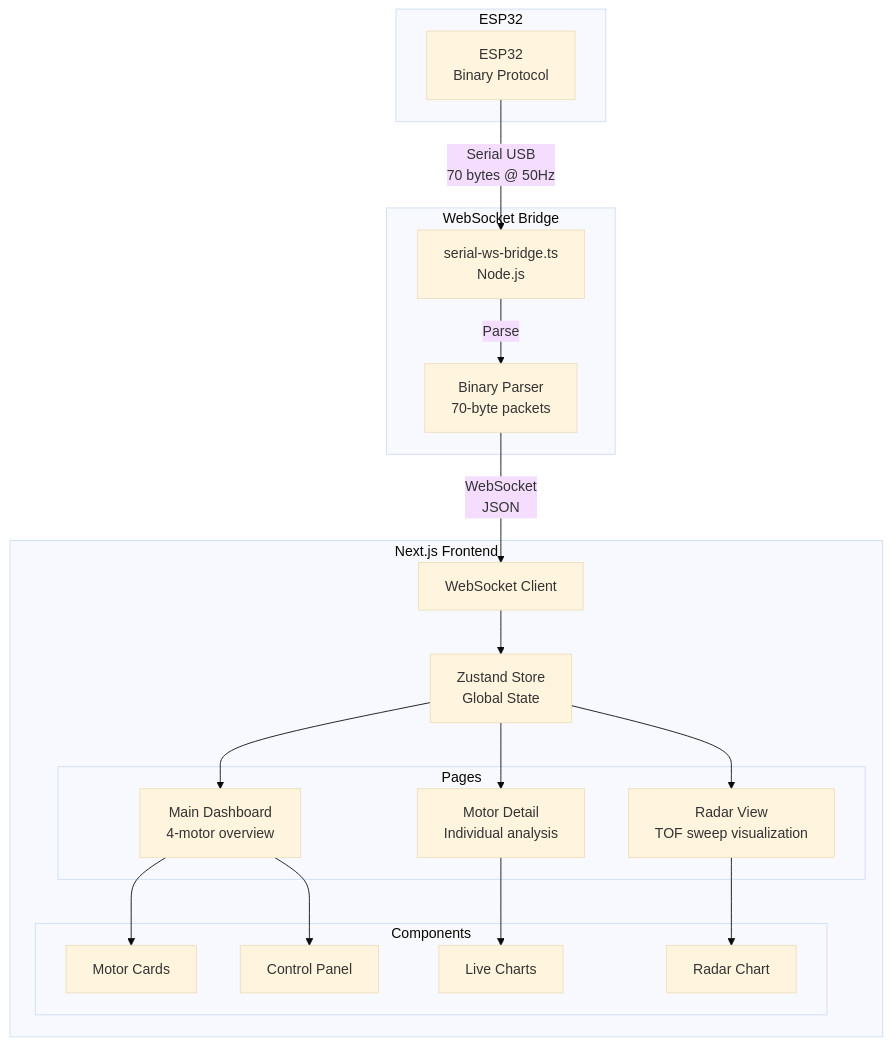
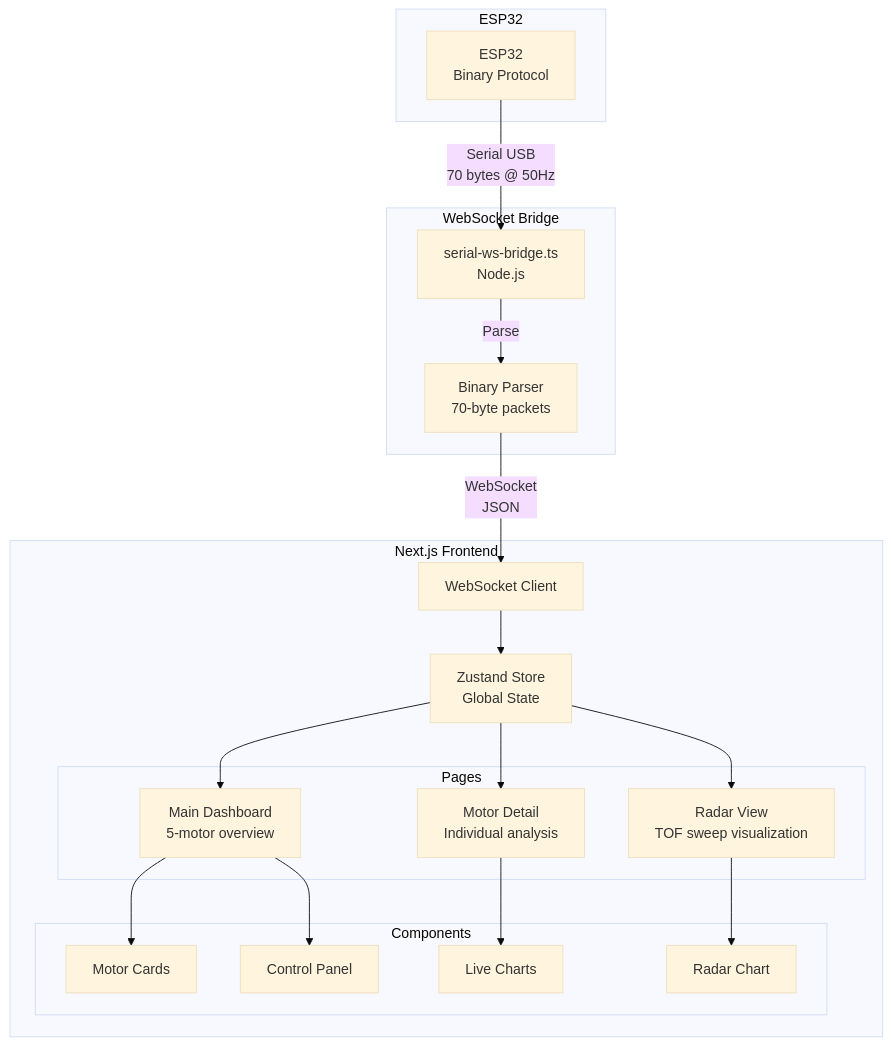
The seventh of 7 diagrams in docs/architecture.md (raseone19/ME-410), drawn with Mermaid (base theme) before and after one commit. The commit also changed other lines of this file and 57 other files, not shown here.

````diff
--- a/docs/architecture.md
+++ b/docs/architecture.md
@@ -425,41 +434,41 @@
 ```mermaid
 graph TB
     subgraph "ESP32"
         ESP[ESP32<br/>Binary Protocol]
     end
 
     subgraph "WebSocket Bridge"
         Bridge[serial-ws-bridge.ts<br/>Node.js]
         Parser[Binary Parser<br/>70-byte packets]
     end
 
     subgraph "Next.js Frontend"
         WS[WebSocket Client]
         Store[Zustand Store<br/>Global State]
 
         subgraph "Pages"
-            Main[Main Dashboard<br/>4-motor overview]
+            Main[Main Dashboard<br/>5-motor overview]
             Motor[Motor Detail<br/>Individual analysis]
             Radar[Radar View<br/>TOF sweep visualization]
         end
 
         subgraph "Components"
             Cards[Motor Cards]
             Charts[Live Charts]
             RadarViz[Radar Chart]
             Controls[Control Panel]
         end
     end
 
     ESP -->|Serial USB<br/>70 bytes @ 50Hz| Bridge
     Bridge -->|Parse| Parser
     Parser -->|WebSocket<br/>JSON| WS
     WS --> Store
     Store --> Main
     Store --> Motor
     Store --> Radar
     Main --> Cards
     Main --> Controls
     Motor --> Charts
     Radar --> RadarViz
 ```
````
